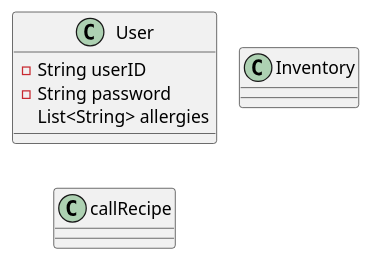
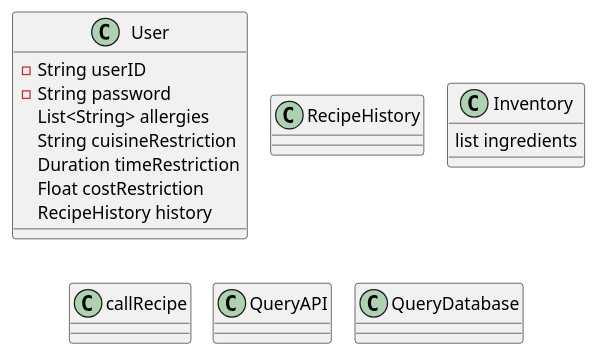
One commit to JohnZHANGFZ/207_group_project changed the diagram in Project UML.puml. Above: the diagram before and after it, drawn with PlantUML.

Commit message:
add RecipeHistory

```diff
--- a/Project UML.puml
+++ b/Project UML.puml
@@ -1,17 +1,33 @@
 @startuml
 !pragma layout smetana
 'https://plantuml.com/sequence-diagram
 
 class User {
 -String userID
 -String password
 List<String> allergies
+String cuisineRestriction
+Duration timeRestriction
+Float costRestriction
+RecipeHistory history
+}
+
+class RecipeHistory{
+
 }
 
 class Inventory {
+list ingredients
+
 }
 
 class callRecipe {
 }
 
+class QueryAPI {
+}
+
+class QueryDatabase {
+}
+
 @enduml
```
